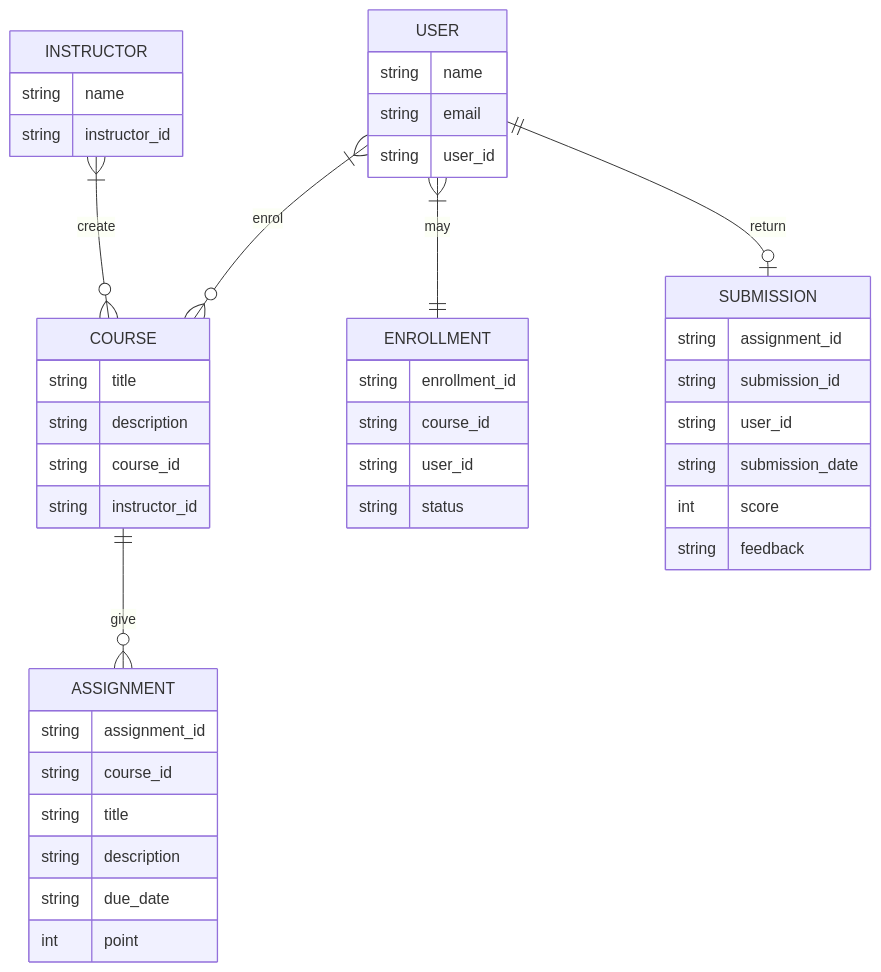
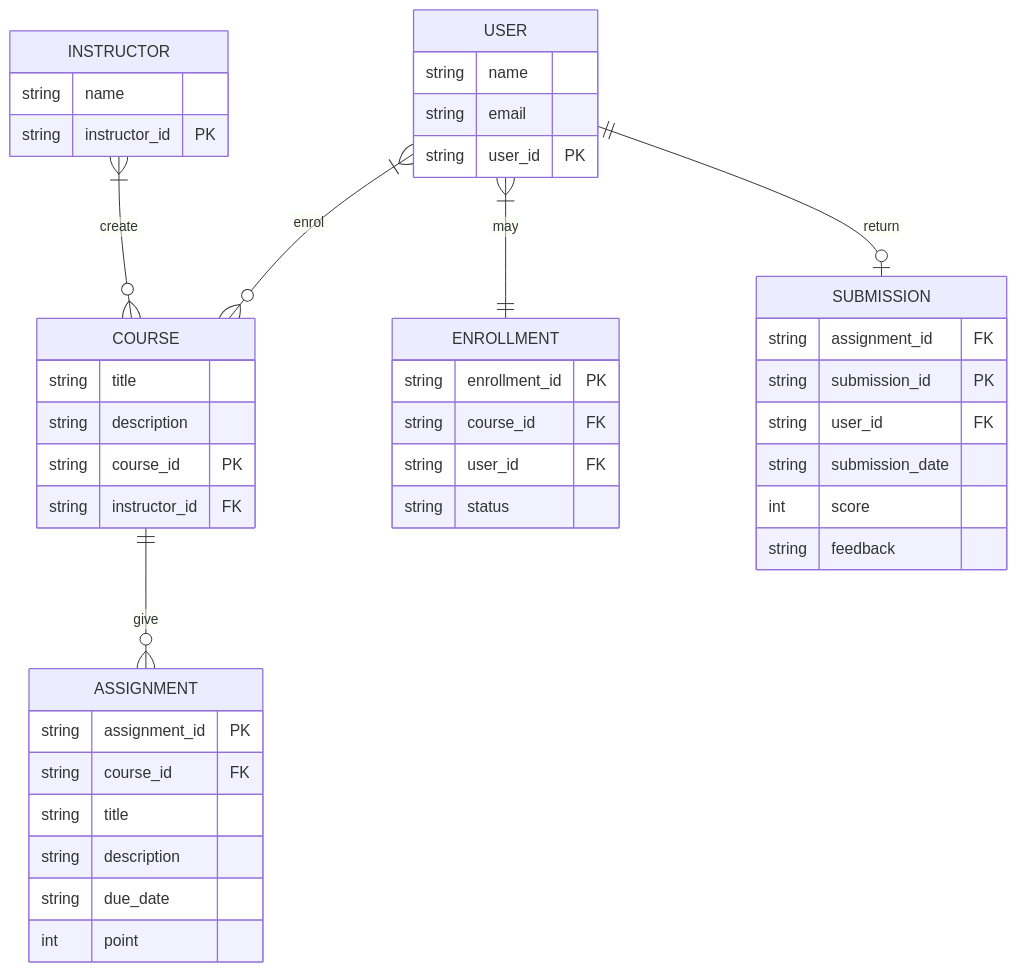
Before and after one commit to Phastboy/diver-learn: the diagram in database.md, drawn with Mermaid.

````diff
--- a/database.md
+++ b/database.md
@@ -1,45 +1,45 @@
 ```mermaid
 erDiagram
 	USER }|--o{ COURSE : enrol
 	USER {
 	string name
 	string email
-	string user_id
+	string user_id PK
 	}
 	INSTRUCTOR }|--o{ COURSE: create
 	INSTRUCTOR {
 	string name
-	string instructor_id
+	string instructor_id PK
 	}
 	COURSE{
 	string title
 	string description
-	string course_id
-	string instructor_id
+	string course_id PK
+	string instructor_id FK
 	}
 	COURSE ||--o{ ASSIGNMENT : give
 	ASSIGNMENT {
-	string assignment_id
-	string course_id
+	string assignment_id PK
+	string course_id FK
 	string title
 	string description
 	string due_date
 	int point
 	}
 	USER }|--|| ENROLLMENT : may
 	ENROLLMENT {
-	string enrollment_id
-	string course_id
-	string user_id
+	string enrollment_id PK
+	string course_id FK
+	string user_id FK
 	string status
 	}
 	USER ||--o| SUBMISSION : return
 	SUBMISSION {
-	string assignment_id
-	string submission_id
-	string user_id
+	string assignment_id FK
+	string submission_id PK
+	string user_id FK
 	string submission_date
 	int score
 	string feedback
 	}
 ```
````
